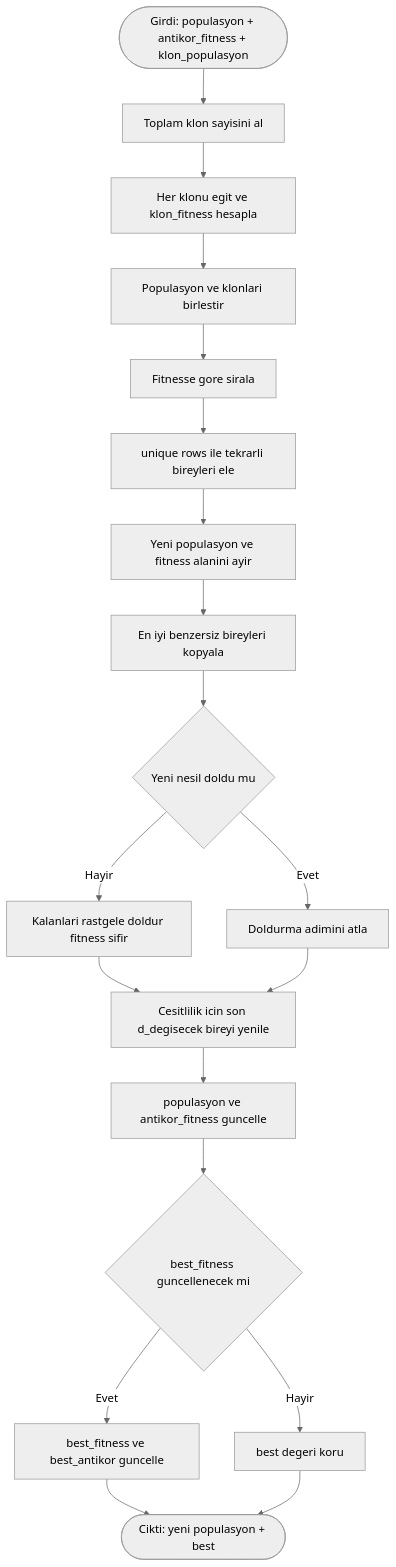
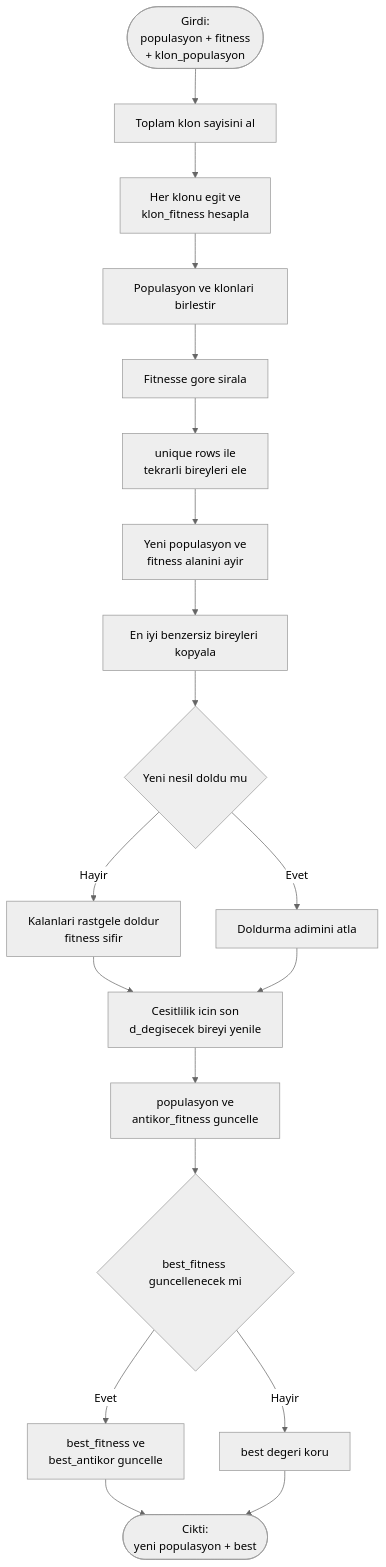
Before and after one commit to RamazanKaratut/Opt_Alg_2_Clonalg: the fourth of 4 diagrams in akis_semasi.md, drawn with Mermaid (neutral theme). The commit also changed other lines of this file, not shown here.

````diff
--- a/akis_semasi.md
+++ b/akis_semasi.md
@@ -77,21 +77,21 @@
 ```mermaid
 flowchart TD
-    A([Girdi: populasyon + antikor_fitness + klon_populasyon]) --> B[Toplam klon sayisini al]
-    B --> C[Her klonu egit ve klon_fitness hesapla]
+    A([Girdi:<br/>populasyon + fitness<br/>+ klon_populasyon]) --> B[Toplam klon sayisini al]
+    B --> C[Her klonu egit ve<br/>klon_fitness hesapla]
     C --> D[Populasyon ve klonlari birlestir]
     D --> E[Fitnesse gore sirala]
-    E --> F[unique rows ile tekrarli bireyleri ele]
-    F --> G[Yeni populasyon ve fitness alanini ayir]
+    E --> F[unique rows ile<br/>tekrarli bireyleri ele]
+    F --> G[Yeni populasyon ve<br/>fitness alanini ayir]
     G --> H[En iyi benzersiz bireyleri kopyala]
     H --> I{Yeni nesil doldu mu}
-    I -- Hayir --> J[Kalanlari rastgele doldur fitness sifir]
+    I -- Hayir --> J[Kalanlari rastgele doldur<br/>fitness sifir]
     I -- Evet --> K[Doldurma adimini atla]
-    J --> L[Cesitlilik icin son d_degisecek bireyi yenile]
+    J --> L[Cesitlilik icin son<br/>d_degisecek bireyi yenile]
     K --> L
-    L --> M[populasyon ve antikor_fitness guncelle]
+    L --> M[populasyon ve<br/>antikor_fitness guncelle]
     M --> N{best_fitness guncellenecek mi}
-    N -- Evet --> O[best_fitness ve best_antikor guncelle]
+    N -- Evet --> O[best_fitness ve<br/>best_antikor guncelle]
     N -- Hayir --> P[best degeri koru]
-    O --> Q([Cikti: yeni populasyon + best])
+    O --> Q([Cikti:<br/>yeni populasyon + best])
     P --> Q
 ```
````
